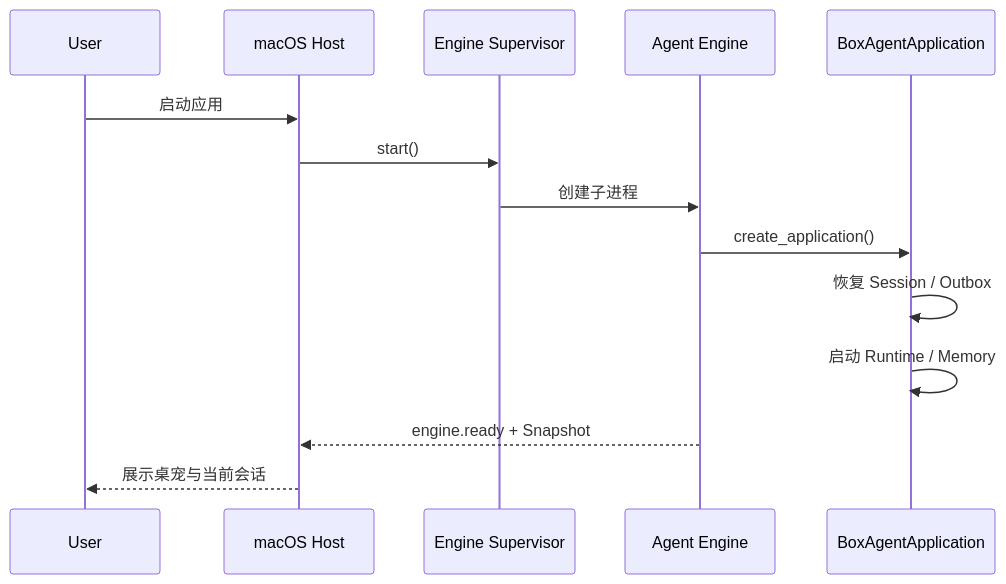
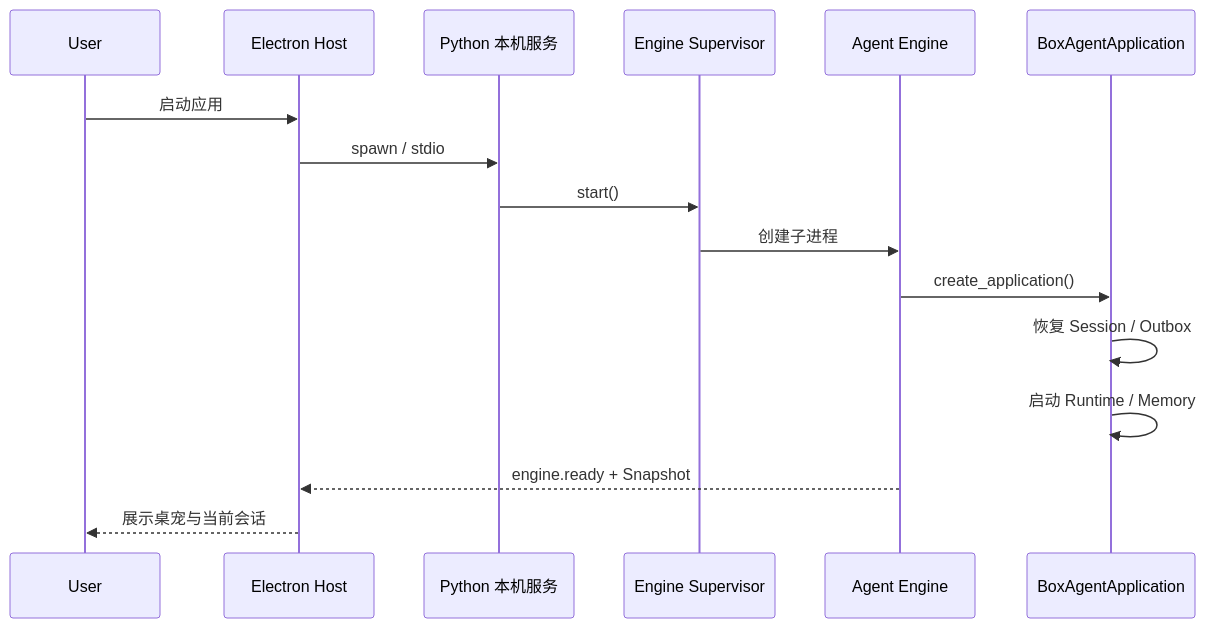
Before and after one commit to kono-dada/BoxAgent: the second of 4 diagrams in docs/BoxAgent-架构重构方案.md, drawn with Mermaid. The commit also changed other lines of this file and 80 other files, not shown here.

````diff
--- a/docs/BoxAgent-架构重构方案.md
+++ b/docs/BoxAgent-架构重构方案.md
@@ -153,17 +151,19 @@
 ```mermaid
 sequenceDiagram
     participant User
-    participant Host as macOS Host
+    participant Host as Electron Host
+    participant Service as Python 本机服务
     participant Sup as Engine Supervisor
     participant Engine as Agent Engine
     participant App as BoxAgentApplication
 
     User->>Host: 启动应用
-    Host->>Sup: start()
+    Host->>Service: spawn / stdio
+    Service->>Sup: start()
     Sup->>Engine: 创建子进程
     Engine->>App: create_application()
     App->>App: 恢复 Session / Outbox
     App->>App: 启动 Runtime / Memory
     Engine-->>Host: engine.ready + Snapshot
     Host-->>User: 展示桌宠与当前会话
 ```
````
